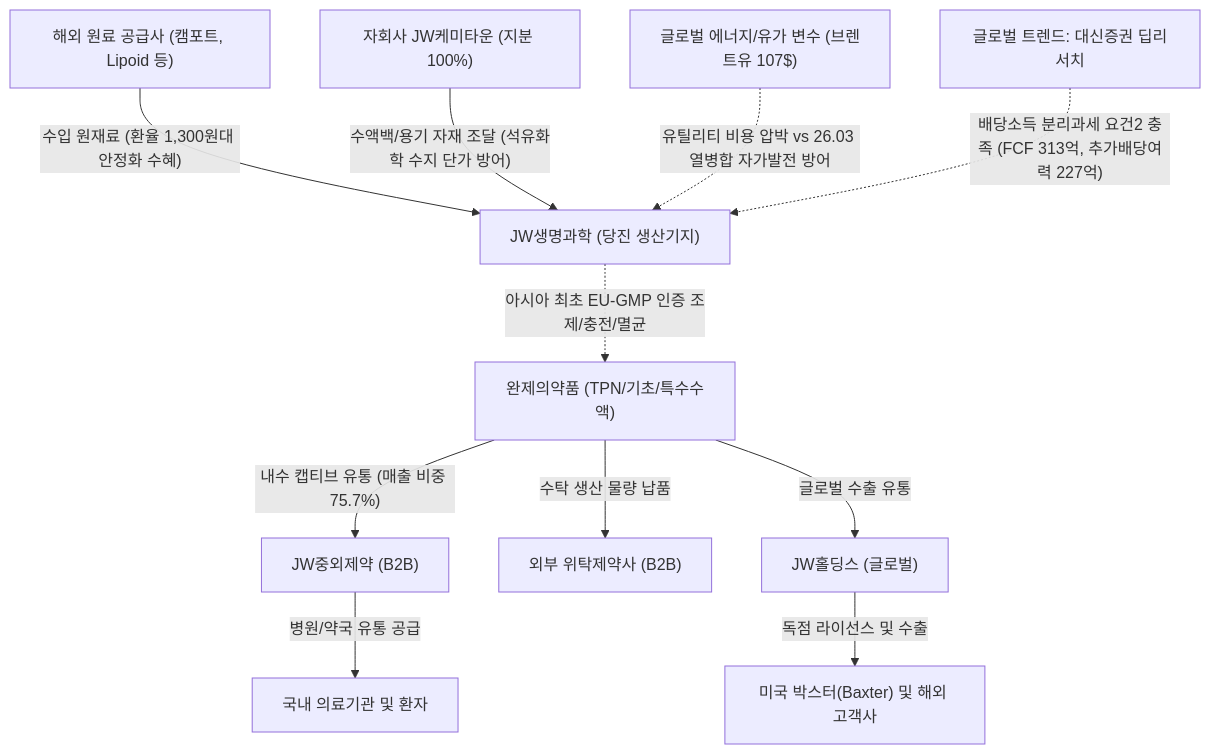
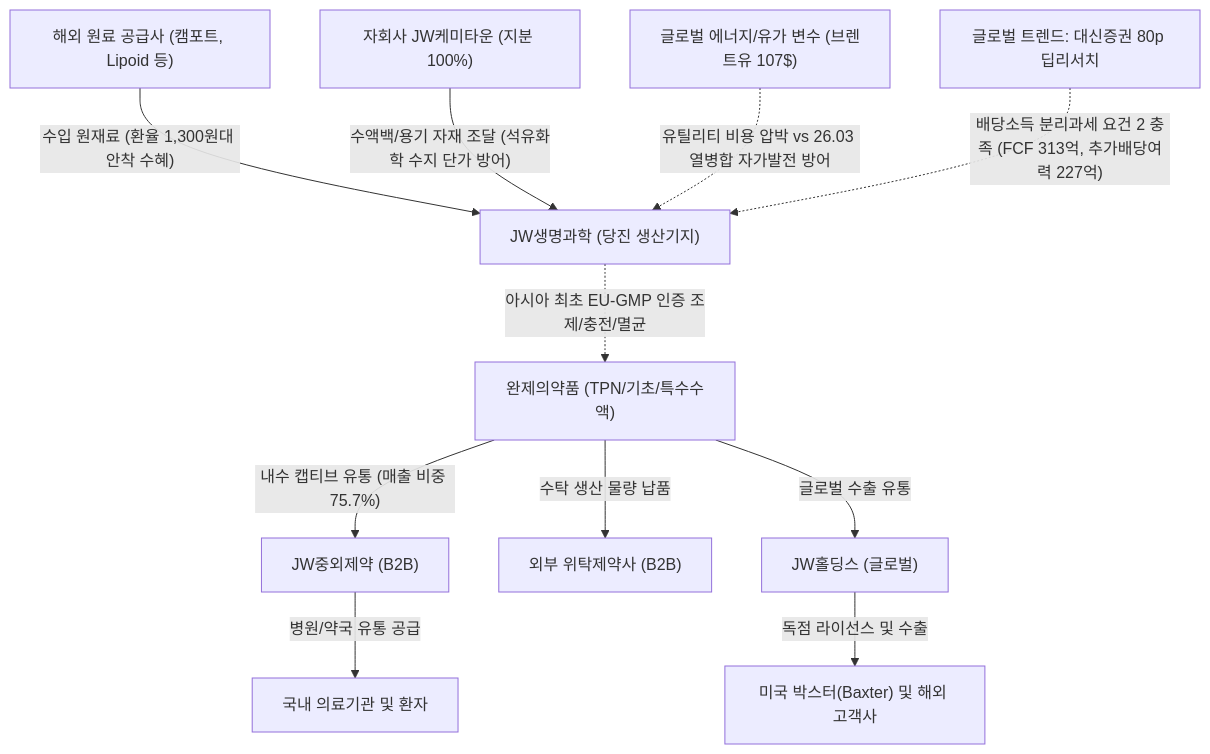
The diagram in Stock_Research/JW생명과학/3_Final_Reports/Phase1_Report.md (eve830521-cmd/my-skill), drawn with Mermaid before and after one commit. The commit also changed other lines of this file and 96 other files, not shown here.

````diff
--- a/Stock_Research/JW생명과학/3_Final_Reports/Phase1_Report.md
+++ b/Stock_Research/JW생명과학/3_Final_Reports/Phase1_Report.md
@@ -12,13 +19,13 @@
 ```mermaid
 graph TD
-    A["해외 원료 공급사 (캠포트, Lipoid 등)"] -->|"수입 원재료 (환율 1,300원대 안정화 수혜)"| B["JW생명과학 (당진 생산기지)"]
+    A["해외 원료 공급사 (캠포트, Lipoid 등)"] -->|"수입 원재료 (환율 1,300원대 안착 수혜)"| B["JW생명과학 (당진 생산기지)"]
     K["자회사 JW케미타운 (지분 100%)"] -->|"수액백/용기 자재 조달 (석유화학 수지 단가 방어)"| B
     E1["글로벌 에너지/유가 변수 (브렌트유 107$)"] -. "유틸리티 비용 압박 vs 26.03 열병합 자가발전 방어" .-> B
-    GT["글로벌 트렌드: 대신증권 딥리서치"] -. "배당소득 분리과세 요건2 충족 (FCF 313억, 추가배당여력 227억)" .-> B
+    GT["글로벌 트렌드: 대신증권 80p 딥리서치"] -. "배당소득 분리과세 요건 2 충족 (FCF 313억, 추가배당여력 227억)" .-> B
     B -. "아시아 최초 EU-GMP 인증 조제/충전/멸균" .-> C["완제의약품 (TPN/기초/특수수액)"]
     C -->|"내수 캡티브 유통 (매출 비중 75.7%)"| D["JW중외제약 (B2B)"]
     C -->|"수탁 생산 물량 납품"| E["외부 위탁제약사 (B2B)"]
     C -->|"글로벌 수출 유통"| F["JW홀딩스 (글로벌)"]
     D -->|"병원/약국 유통 공급"| G["국내 의료기관 및 환자"]
     F -->|"독점 라이선스 및 수출"| H["미국 박스터(Baxter) 및 해외 고객사"]
 ```
````
